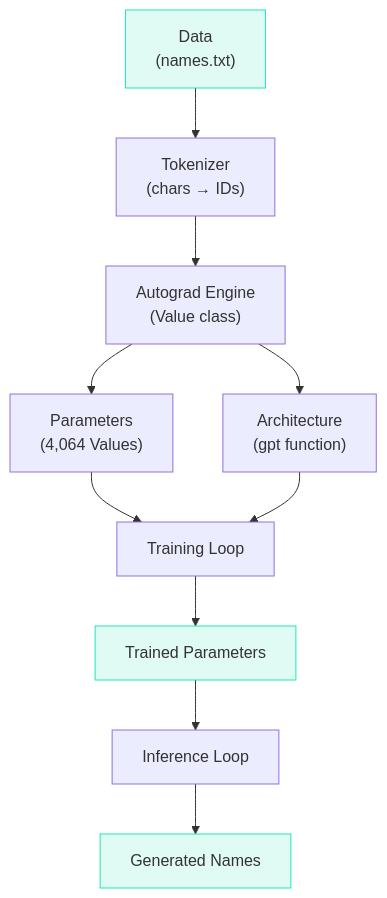
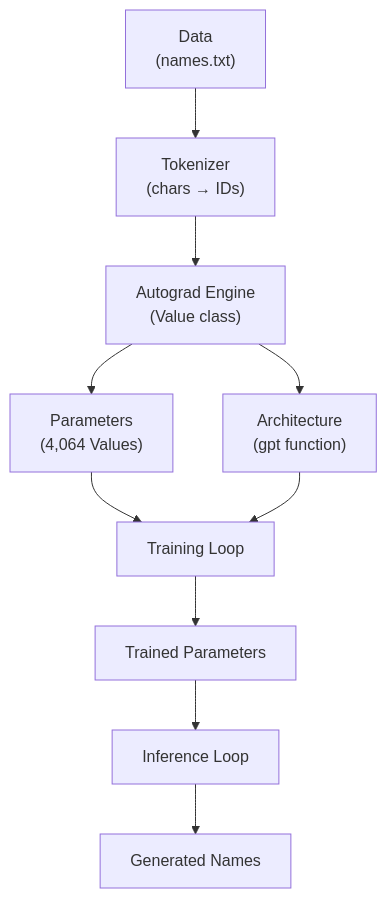
One commit to iamkhalid2/microgpt-course changed the diagram in docs/05-inference/02-the-complete-picture.md. Above: the diagram before and after it, drawn with Mermaid. The commit also changed 20 other files, not shown here.

Commit message:
Remove all inline Mermaid styles - let theme handle colors natively

````diff
--- a/docs/05-inference/02-the-complete-picture.md
+++ b/docs/05-inference/02-the-complete-picture.md
@@ -61,16 +61,12 @@
 ```mermaid
 flowchart TD
     DATA["Data<br>(names.txt)"] --> TOK["Tokenizer<br>(chars → IDs)"]
     TOK --> AG["Autograd Engine<br>(Value class)"]
     AG --> PARAMS["Parameters<br>(4,064 Values)"]
     AG --> ARCH["Architecture<br>(gpt function)"]
     PARAMS --> TRAIN["Training Loop"]
     ARCH --> TRAIN
     TRAIN --> TRAINED["Trained Parameters"]
     TRAINED --> INF["Inference Loop"]
     INF --> NAMES["Generated Names"]
-
-    style DATA fill:#e0faf4,stroke:#1de9b6
-    style TRAINED fill:#e0faf4,stroke:#1de9b6
-    style NAMES fill:#e0faf4,stroke:#1de9b6
 ```
````
